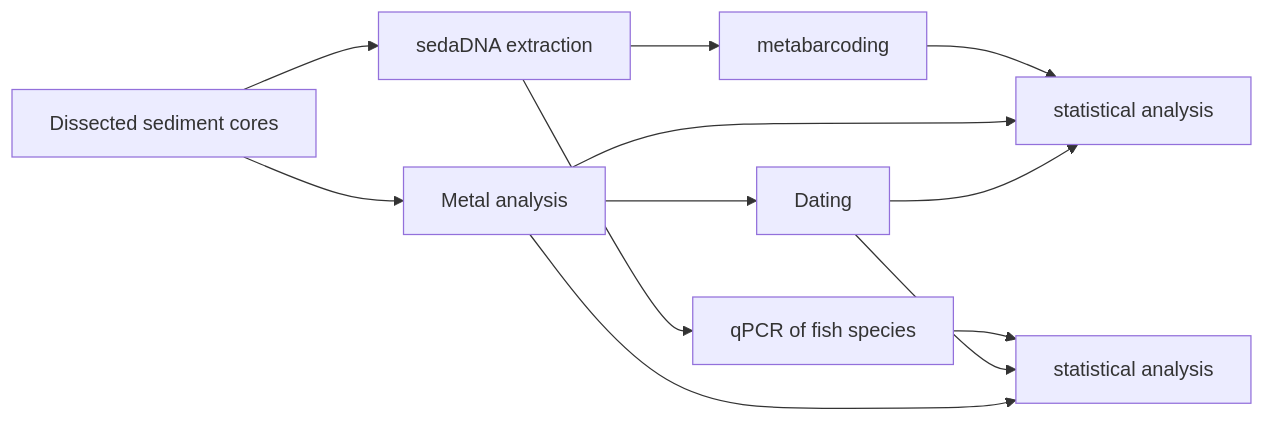
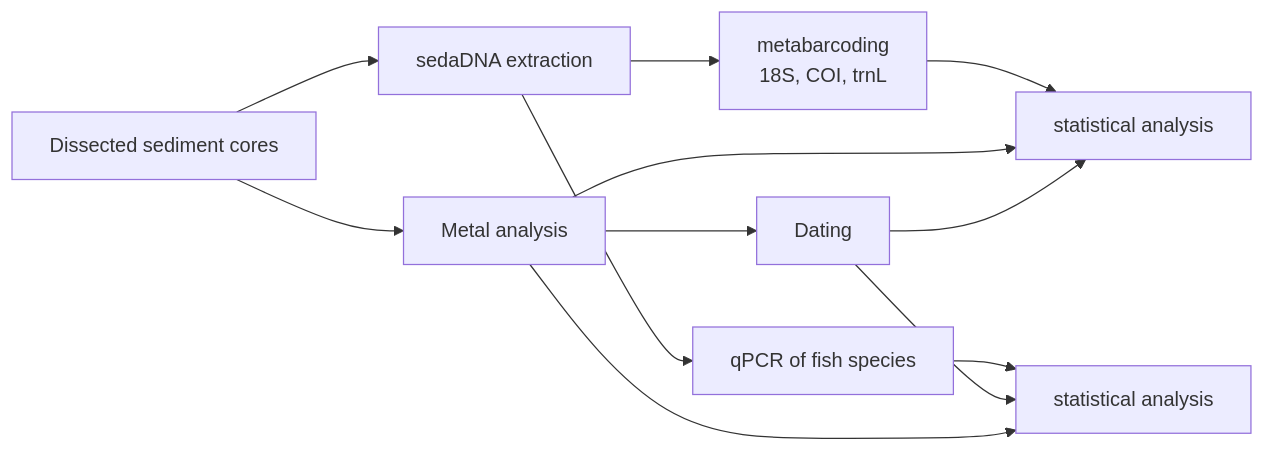
One commit to kramersu/Osisko changed the diagram in README.md. Above: the diagram before and after it, drawn with Mermaid. The commit also changed other lines of this file, not shown here.

Commit message:
Fix spelling of 'Osisko' and update workflow details
Corrected the spelling of 'Osisko' in the workflow section and updated the metabarcoding details.

````diff
--- a/README.md
+++ b/README.md
@@ -7,13 +7,14 @@
 ```mermaid
 flowchart LR
     node1[Dissected sediment cores]-->node2[Metal analysis]-->node3[Dating]
     node1-->node4[sedaDNA extraction]
     node4-->node5[qPCR of fish species]
-    node4-->node6[metabarcoding]
+    node4-->node6[metabarcoding
+18S, COI, trnL]
     node6-->node7[statistical analysis]
     node2-->node7
     node3-->node7
     node5-->node8[statistical analysis]
     node3-->node8
     node2-->node8
 ```
````
